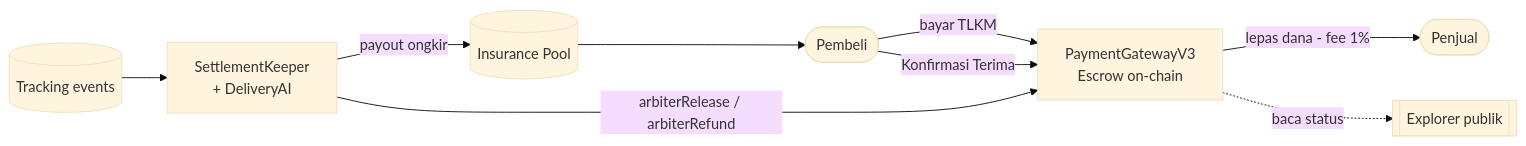
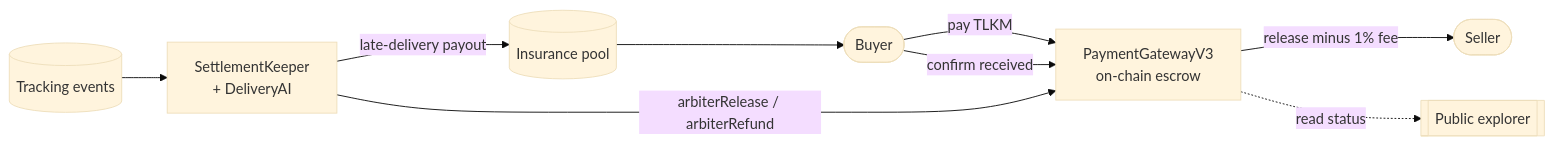
Before and after one commit to Gkhairy/E-Trace: the diagram in README.md, drawn with Mermaid (base theme). The commit also changed other lines of this file, not shown here.

First line of the commit message:
Rewrite README in English with contract addresses, links and roadmap

````diff
--- a/README.md
+++ b/README.md
@@ -57,11 +86,11 @@
 ```mermaid
 flowchart LR
-    Buyer([Pembeli]) -- "bayar TLKM" --> ESC[PaymentGatewayV3<br/>Escrow on-chain]
-    Buyer -- "Konfirmasi Terima" --> ESC
-    ESC -- "lepas dana - fee 1%" --> Seller([Penjual])
+    Buyer([Buyer]) -- "pay TLKM" --> ESC[PaymentGatewayV3<br/>on-chain escrow]
+    Buyer -- "confirm received" --> ESC
+    ESC -- "release minus 1% fee" --> Seller([Seller])
     KEEP[SettlementKeeper<br/>+ DeliveryAI] -- "arbiterRelease / arbiterRefund" --> ESC
     Track[(Tracking events)] --> KEEP
-    KEEP -- "payout ongkir" --> Pool[(Insurance Pool)]
+    KEEP -- "late-delivery payout" --> Pool[(Insurance pool)]
     Pool --> Buyer
-    ESC -. "baca status" .-> Explorer[[Explorer publik]]
+    ESC -. "read status" .-> Explorer[[Public explorer]]
 ```
````
